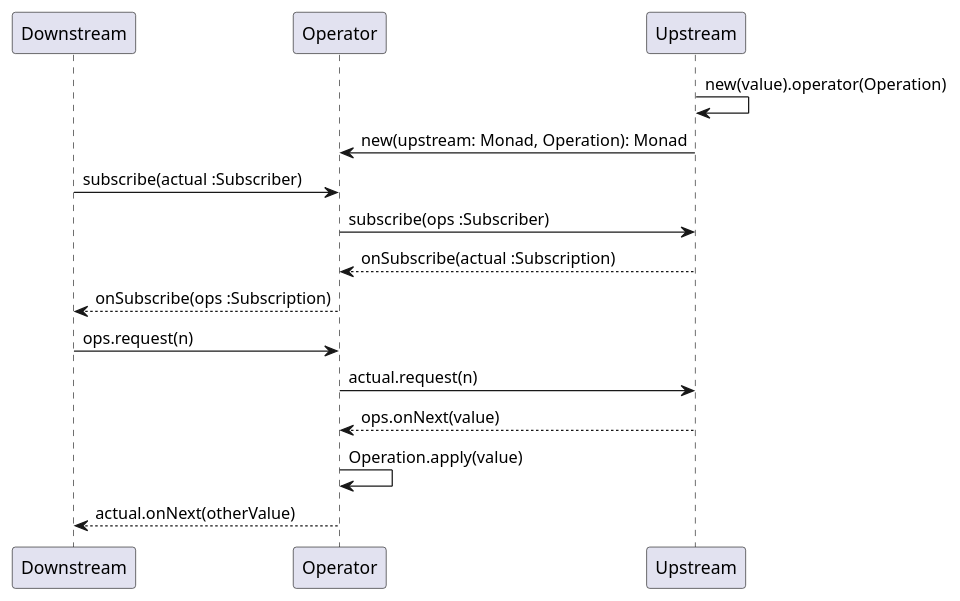
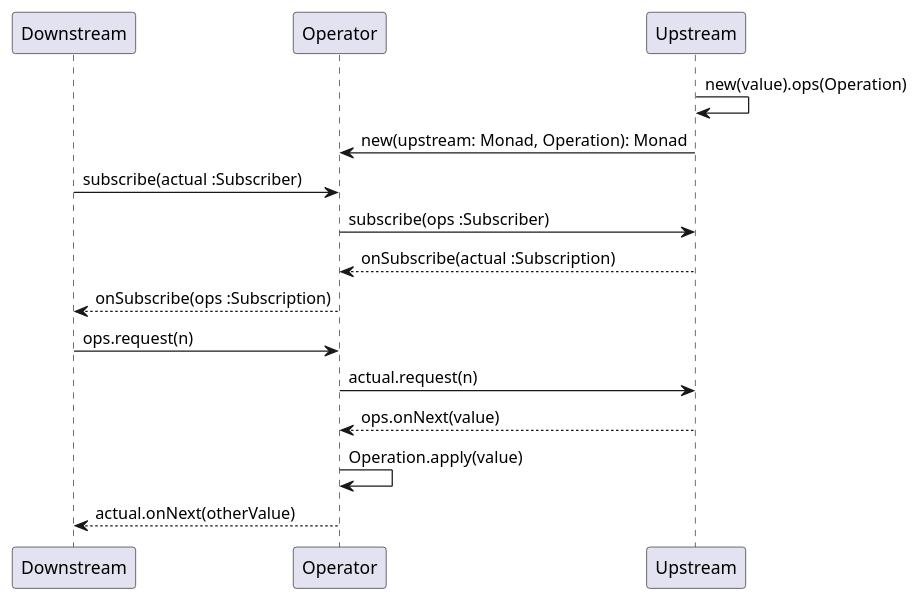
Before and after one commit to yanghoon/obsidian-workspace: the second of 2 diagrams in _diary/2024-06-18.md, drawn with PlantUML.

Commit message:
vault backup: 2024-06-19 01:01:42

````diff
--- a/_diary/2024-06-18.md
+++ b/_diary/2024-06-18.md
@@ -41,23 +41,23 @@
 ```plantuml
 @startuml
 
 participant Downstream as Down
 participant Operator as Ops
 participant Upstream as Up
 
-Up -> Up: new(value).operator(Operation)
+Up -> Up: new(value).ops(Operation)
 Up -> Ops: new(upstream: Monad, Operation): Monad
 
 Down -> Ops: subscribe(actual :Subscriber)
 Ops -> Up: subscribe(ops :Subscriber)
 Ops <-- Up: onSubscribe(actual :Subscription)
 Down <-- Ops: onSubscribe(ops :Subscription)
 
 Down -> Ops: ops.request(n)
 Ops -> Up: actual.request(n)
 Ops <-- Up: ops.onNext(value)
 Ops -> Ops: Operation.apply(value)
 Down <-- Ops: actual.onNext(otherValue)
 
 @enduml
 ```
````
